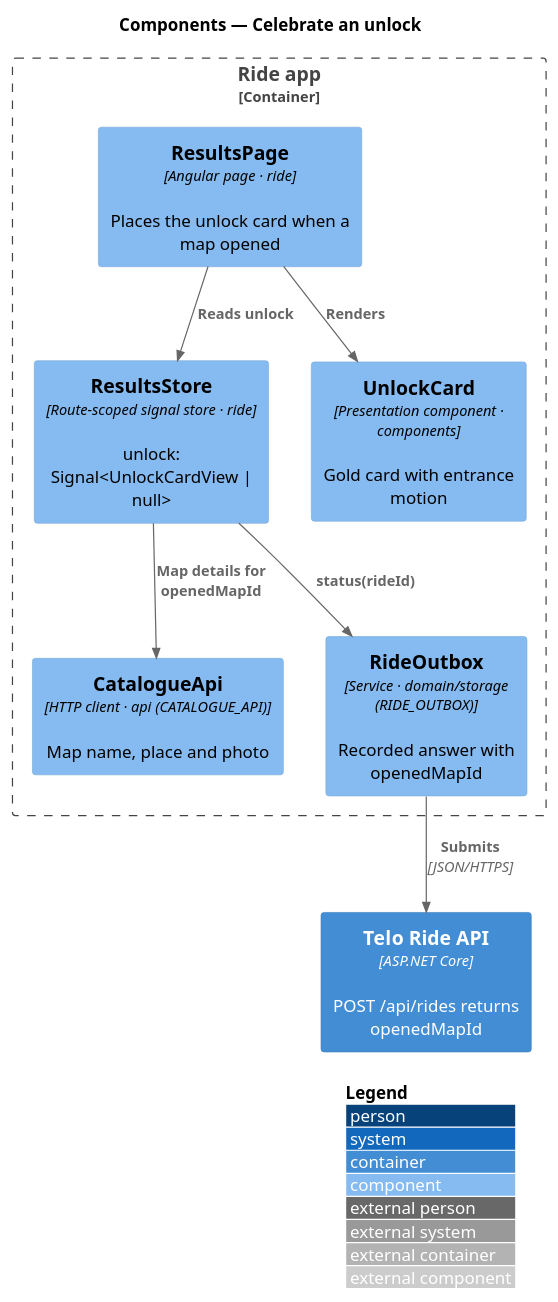
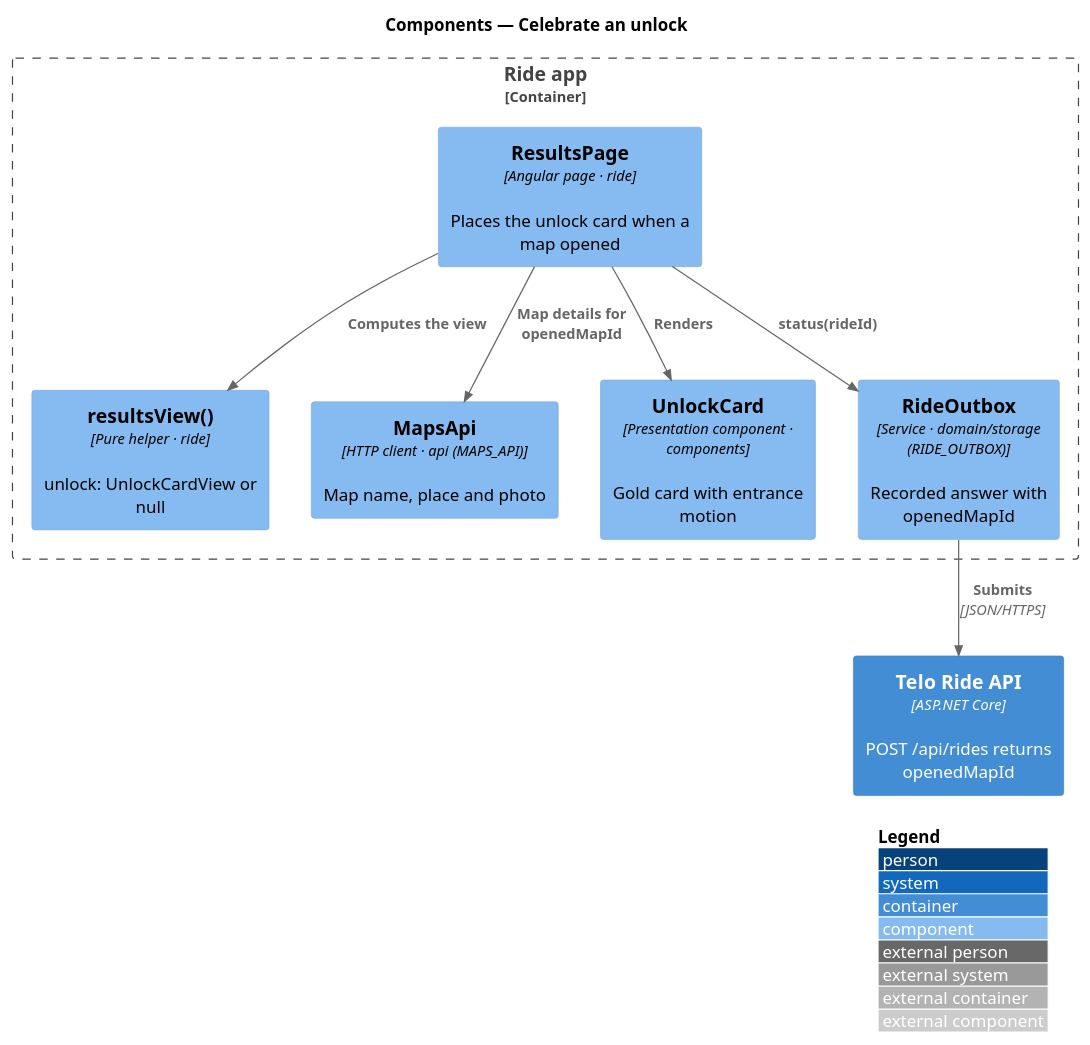
The diagram in docs/detailed-designs/results/celebrate-an-unlock/diagrams/c4-component.puml (QuinntyneBrown/ride-one), drawn with PlantUML before and after one commit. The commit also changed 10 other files, not shown here.

First line of the commit message:
Bring the unlock card's design in line with Results as built

```diff
--- a/docs/detailed-designs/results/celebrate-an-unlock/diagrams/c4-component.puml
+++ b/docs/detailed-designs/results/celebrate-an-unlock/diagrams/c4-component.puml
@@ -1,20 +1,20 @@
 @startuml
 !include <C4/C4_Component>
 LAYOUT_WITH_LEGEND()
 title Components — Celebrate an unlock
 
 Container_Boundary(app, "Ride app") {
   Component(page, "ResultsPage", "Angular page · ride", "Places the unlock card when a map opened")
-  Component(store, "ResultsStore", "Route-scoped signal store · ride", "unlock: Signal<UnlockCardView | null>")
-  Component(catalogue, "CatalogueApi", "HTTP client · api (CATALOGUE_API)", "Map name, place and photo")
+  Component(store, "resultsView()", "Pure helper · ride", "unlock: UnlockCardView or null")
+  Component(catalogue, "MapsApi", "HTTP client · api (MAPS_API)", "Map name, place and photo")
   Component(card, "UnlockCard", "Presentation component · components", "Gold card with entrance motion")
   Component(outbox, "RideOutbox", "Service · domain/storage (RIDE_OUTBOX)", "Recorded answer with openedMapId")
 }
 Container(api, "Telo Ride API", "ASP.NET Core", "POST /api/rides returns openedMapId")
 
-Rel(page, store, "Reads unlock")
-Rel(store, outbox, "status(rideId)")
-Rel(store, catalogue, "Map details for openedMapId")
+Rel(page, store, "Computes the view")
+Rel(page, outbox, "status(rideId)")
+Rel(page, catalogue, "Map details for openedMapId")
 Rel(page, card, "Renders")
 Rel(outbox, api, "Submits", "JSON/HTTPS")
 @enduml
```
